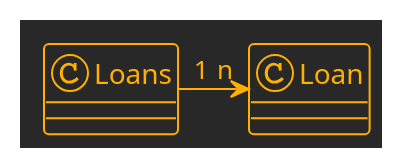
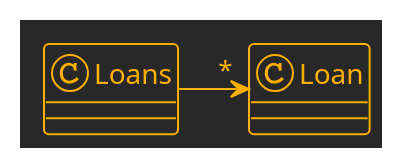
Before and after one commit to marknelsonengineer/empire: the ninth of 10 diagrams in DESIGN_CONCEPTS.md, drawn with PlantUML. The commit also changed other lines of this file and 6 other files, not shown here.

```diff
--- a/DESIGN_CONCEPTS.md
+++ b/DESIGN_CONCEPTS.md
@@ -272,9 +321,9 @@
 @startuml
 !theme crt-amber
 
 class Loans
 class Loan
 
-Loans "1" -right-> "n" Loan
+Loans -right-> "*" Loan
 
 @enduml
```
